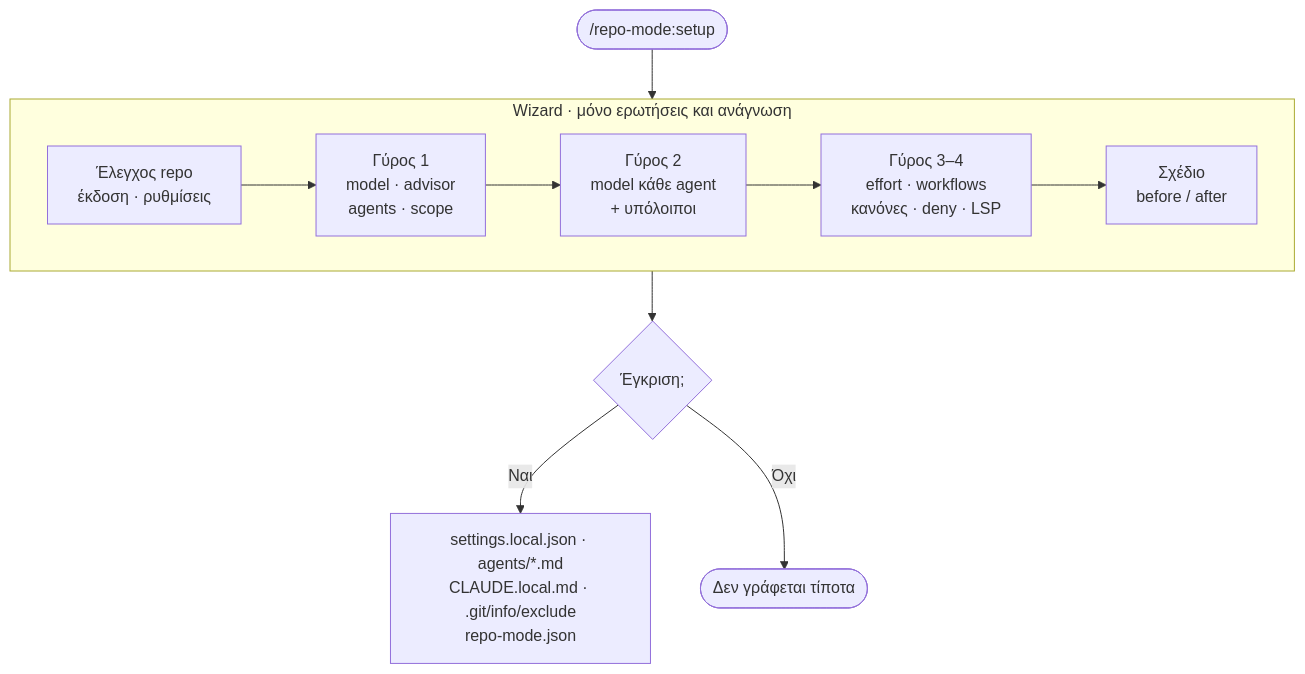
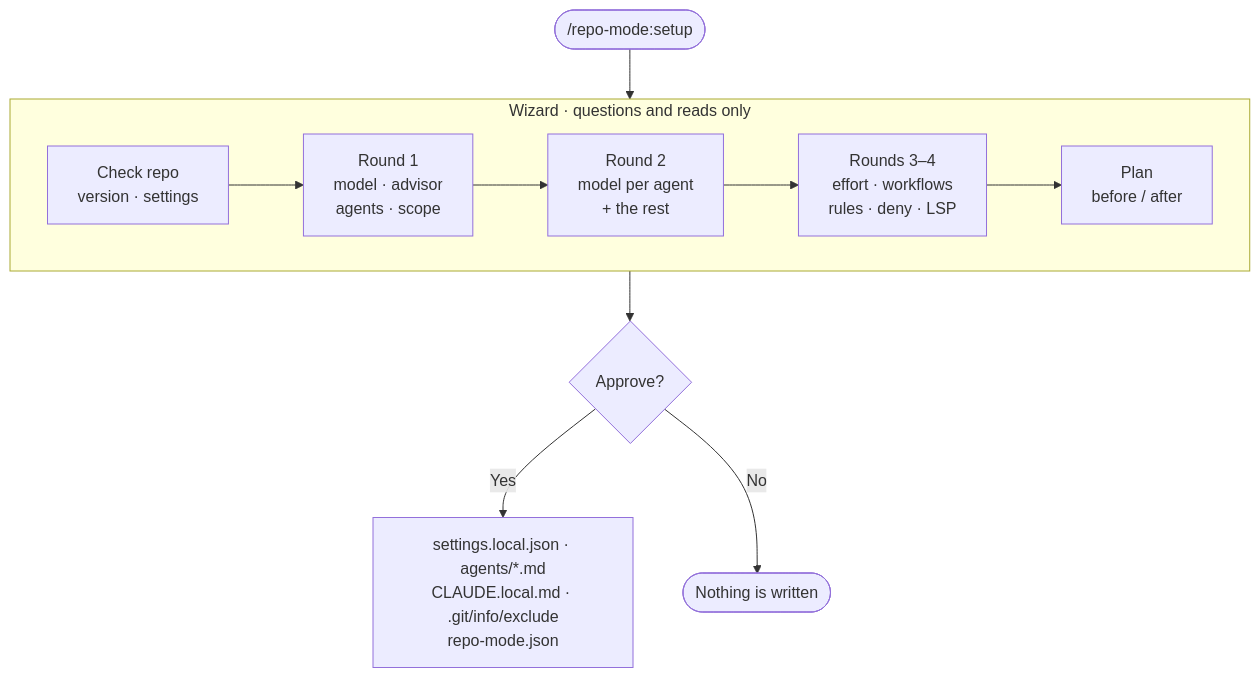
One commit to kniko/claude-plugins changed the second of 2 diagrams in plugins/repo-mode/README.md. Above: the diagram before and after it, drawn with Mermaid. The commit also changed other lines of this file and 1 other file, not shown here.

Commit message:
repo-mode: English README (default) and Greek README.el.md

````diff
--- a/plugins/repo-mode/README.md
+++ b/plugins/repo-mode/README.md
@@ -71,11 +73,11 @@
 ```mermaid
 flowchart TD
     S(["/repo-mode:setup"]) --> WZ
-    subgraph WZ ["Wizard · μόνο ερωτήσεις και ανάγνωση"]
+    subgraph WZ ["Wizard · questions and reads only"]
         direction LR
-        W0["Έλεγχος repo<br/>έκδοση · ρυθμίσεις"] --> W1["Γύρος 1<br/>model · advisor<br/>agents · scope"] --> W2["Γύρος 2<br/>model κάθε agent<br/>+ υπόλοιποι"] --> W3["Γύρος 3–4<br/>effort · workflows<br/>κανόνες · deny · LSP"] --> W4["Σχέδιο<br/>before / after"]
+        W0["Check repo<br/>version · settings"] --> W1["Round 1<br/>model · advisor<br/>agents · scope"] --> W2["Round 2<br/>model per agent<br/>+ the rest"] --> W3["Rounds 3–4<br/>effort · workflows<br/>rules · deny · LSP"] --> W4["Plan<br/>before / after"]
     end
-    WZ --> Q{"Έγκριση;"}
-    Q -->|"Ναι"| F["settings.local.json · agents/*.md<br/>CLAUDE.local.md · .git/info/exclude<br/>repo-mode.json"]
-    Q -->|"Όχι"| X(["Δεν γράφεται τίποτα"])
+    WZ --> Q{"Approve?"}
+    Q -->|"Yes"| F["settings.local.json · agents/*.md<br/>CLAUDE.local.md · .git/info/exclude<br/>repo-mode.json"]
+    Q -->|"No"| X(["Nothing is written"])
 ```
````
